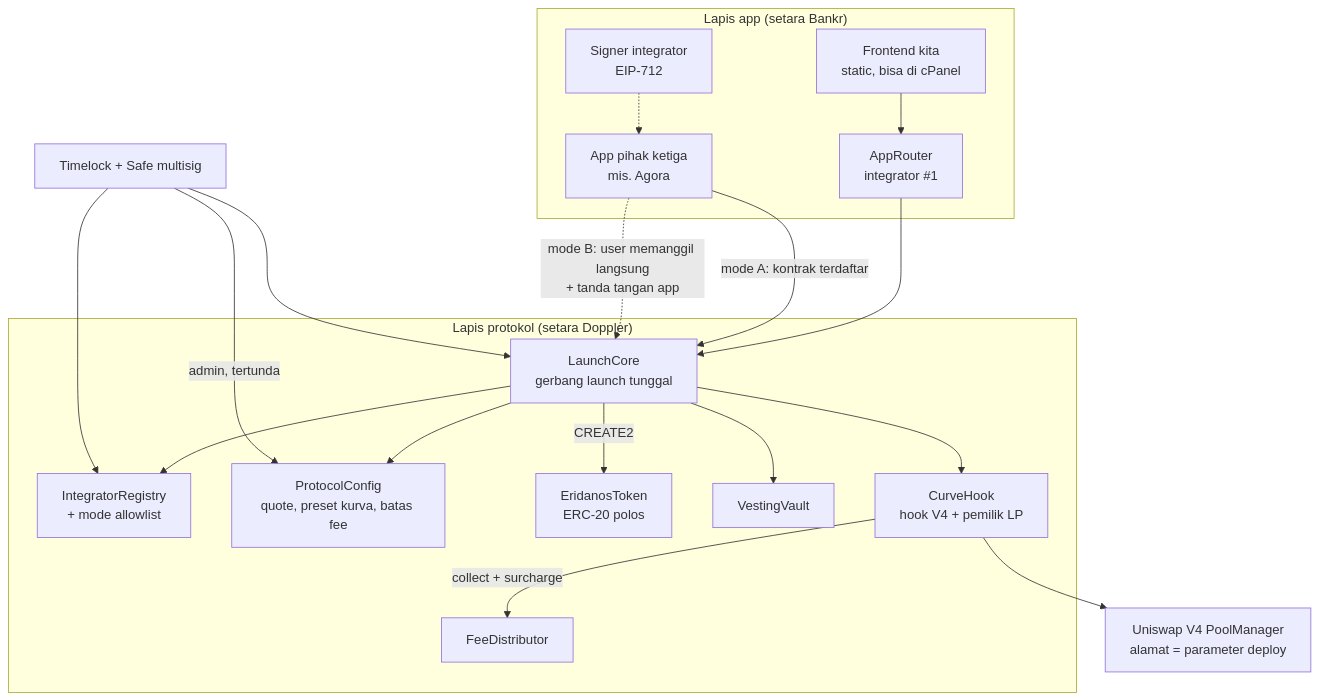
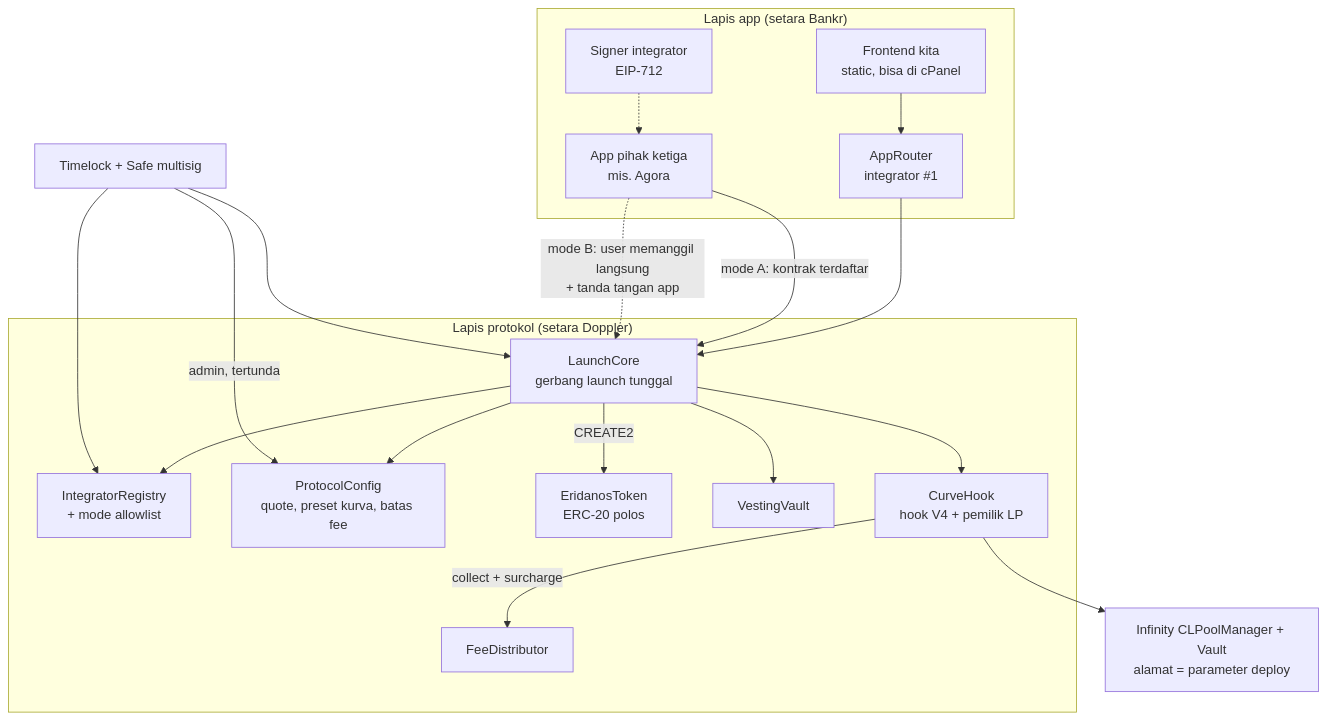
One commit to fdlr28/cpanelwpku changed the first of 3 diagrams in docs/desain/02-desain-arsitektur.md. Above: the diagram before and after it, drawn with Mermaid. The commit also changed other lines of this file and 19 other files, not shown here.

````diff
--- a/docs/desain/02-desain-arsitektur.md
+++ b/docs/desain/02-desain-arsitektur.md
@@ -39,34 +39,34 @@
 ```mermaid
 flowchart TB
   subgraph APP["Lapis app (setara Bankr)"]
     UI["Frontend kita<br/>static, bisa di cPanel"]
     AR["AppRouter<br/>integrator #1"]
     AG["App pihak ketiga<br/>mis. Agora"]
     SG["Signer integrator<br/>EIP-712"]
   end
   subgraph PROTO["Lapis protokol (setara Doppler)"]
     LC["LaunchCore<br/>gerbang launch tunggal"]
     IR["IntegratorRegistry<br/>+ mode allowlist"]
     PC["ProtocolConfig<br/>quote, preset kurva, batas fee"]
     TK["EridanosToken<br/>ERC-20 polos"]
     VV["VestingVault"]
     CH["CurveHook<br/>hook V4 + pemilik LP"]
     FD["FeeDistributor"]
   end
-  PM["Uniswap V4 PoolManager<br/>alamat = parameter deploy"]
+  PM["Infinity CLPoolManager + Vault<br/>alamat = parameter deploy"]
   TL["Timelock + Safe multisig"]
 
   UI --> AR --> LC
   AG -->|"mode A: kontrak terdaftar"| LC
   AG -.->|"mode B: user memanggil langsung<br/>+ tanda tangan app"| LC
   SG -.-> AG
   LC --> IR
   LC --> PC
   LC -->|"CREATE2"| TK
   LC --> VV
   LC --> CH --> PM
   CH -->|"collect + surcharge"| FD
   TL -->|"admin, tertunda"| PC
   TL --> IR
   TL --> LC
 ```
````
